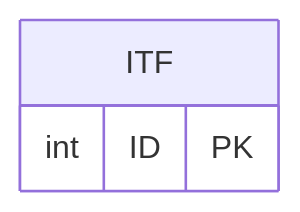
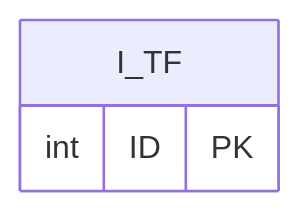
Before and after one commit to meekrob/OnishRDB: the second of 2 diagrams in Database_design/I_TF_design/README.md, drawn with Mermaid.

````diff
--- a/Database_design/I_TF_design/README.md
+++ b/Database_design/I_TF_design/README.md
@@ -21,9 +21,10 @@
 ```mermaid
 erDiagram
 
-ITF {
+
+"I_TF" {
 
 int ID PK 
 
 }
 ```
````
